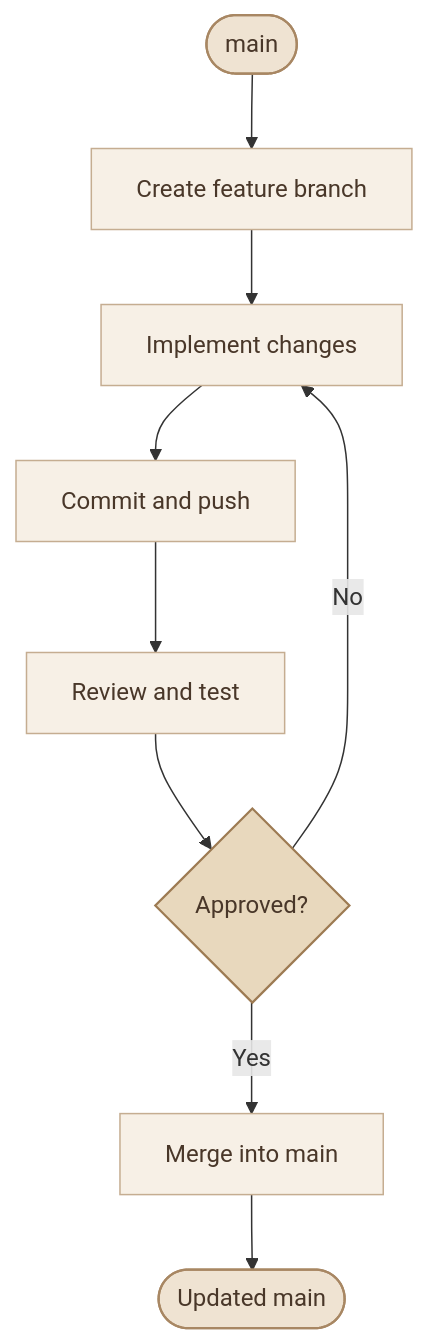
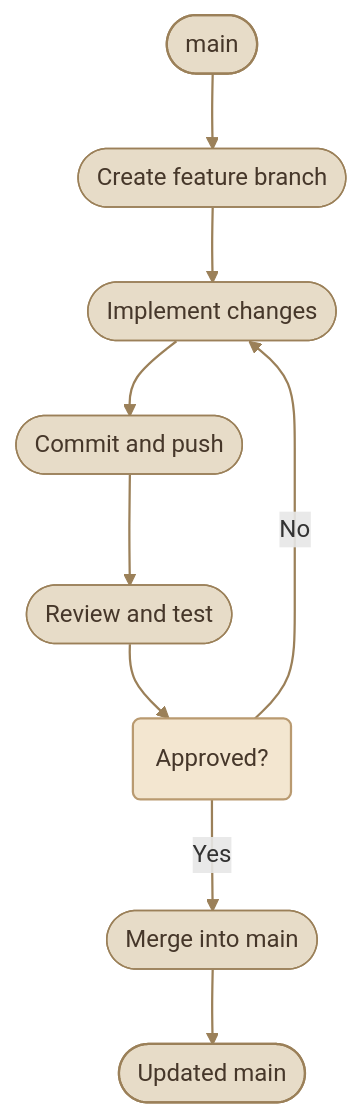
Before and after one commit to mustafammasoud/ops-handbook: the first of 4 diagrams in content/version-control/Git and GitHub/git-workflows.mdx, drawn with Mermaid. The commit also changed other lines of this file and 17 other files, not shown here.

````diff
--- a/content/version-control/Git and GitHub/git-workflows.mdx
+++ b/content/version-control/Git and GitHub/git-workflows.mdx
@@ -110,18 +118,20 @@
 ```mermaid
 flowchart TD
-    A(["main"]) --> B["Create feature branch"]
-    B --> C["Implement changes"]
-    C --> D["Commit and push"]
-    D --> E["Review and test"]
-    E --> F{"Approved?"}
+    A(["main"]) --> B(["Create feature branch"])
+    B --> C(["Implement changes"])
+    C --> D(["Commit and push"])
+    D --> E(["Review and test"])
+    E --> F("Approved?")
     F -->|No| C
-    F -->|Yes| G["Merge into main"]
+    F -->|Yes| G(["Merge into main"])
     G --> H(["Updated main"])
 
-    classDef branch fill:#efe3d2,stroke:#a88763,color:#493729,stroke-width:1.5px
-    classDef action fill:#f7f0e6,stroke:#c5ad91,color:#493729,stroke-width:1px
-    classDef decision fill:#e8d8bd,stroke:#9d7b53,color:#493729,stroke-width:1.5px
+    classDef branch fill:#E7DCC8,stroke:#9B8059,color:#46372A,stroke-width:1.5px
+    classDef action fill:#E7DCC8,stroke:#9B8059,color:#46372A,stroke-width:1px
+    classDef decision fill:#F3E6D0,stroke:#B99A70,color:#46372A,stroke-width:1.5px
     class A,H branch
     class B,C,D,E,G action
     class F decision
+
+    linkStyle default stroke:#9B8059,stroke-width:1.5px
 ```
````
